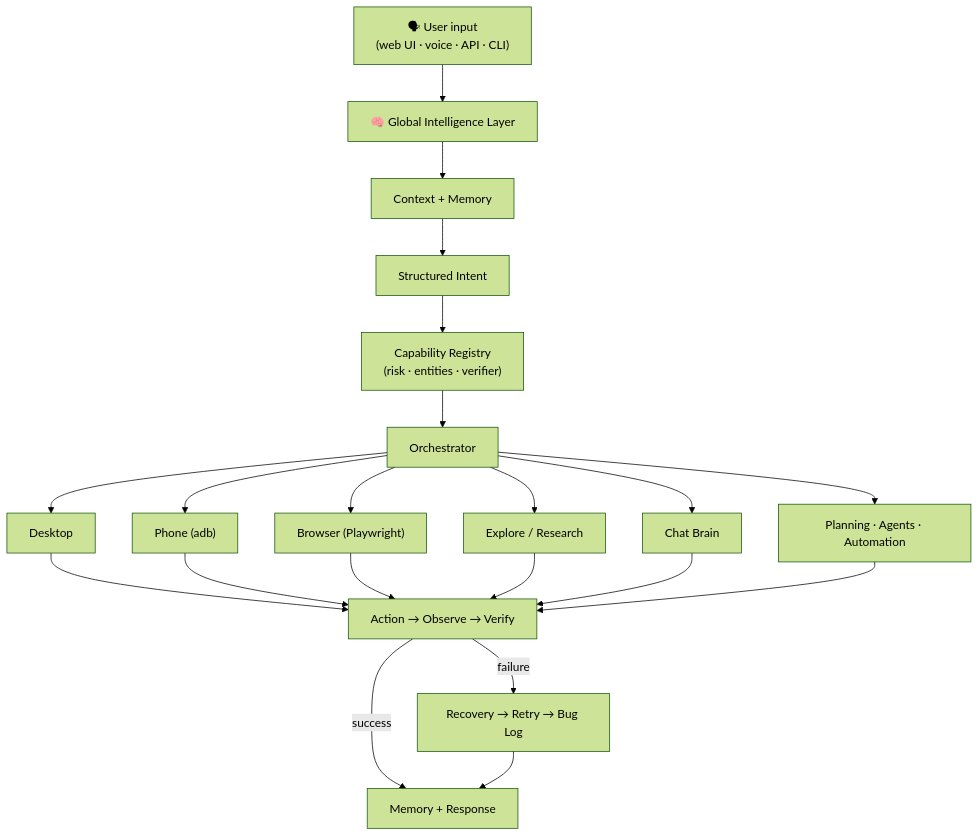
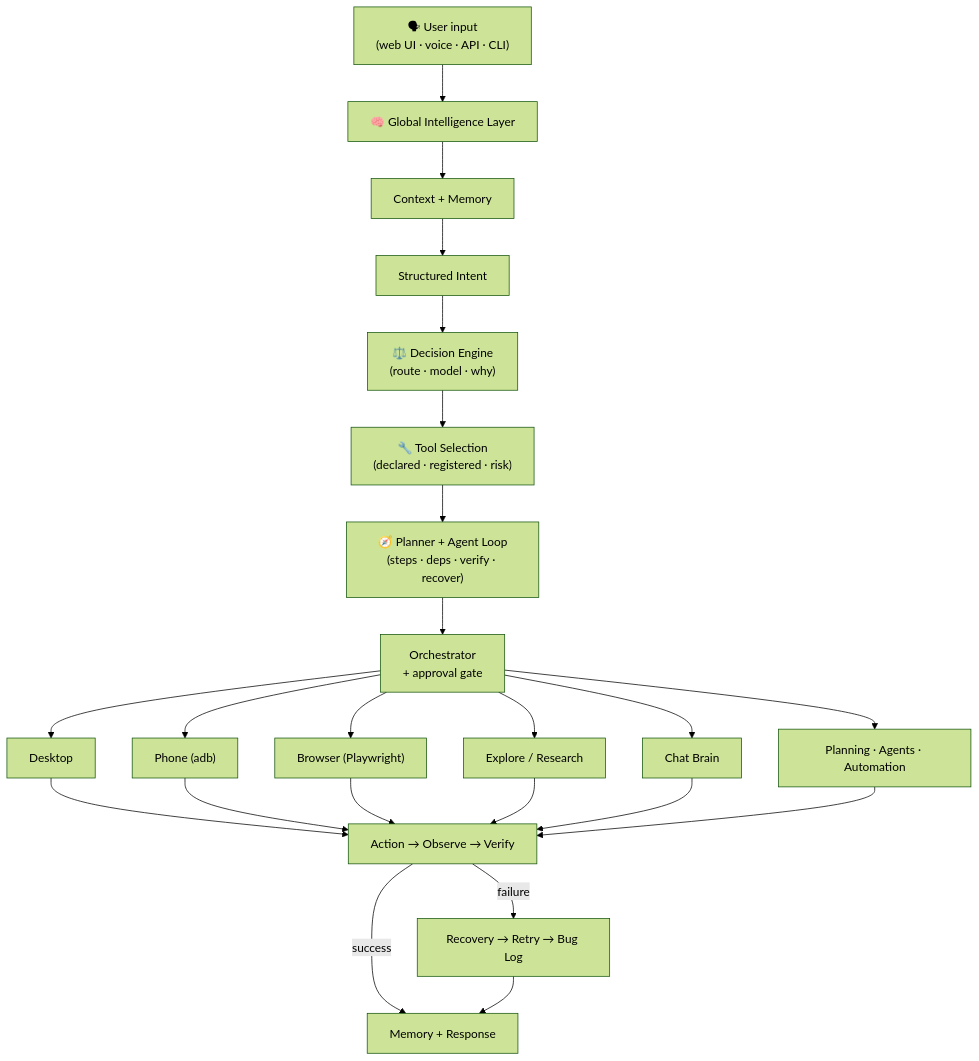
The diagram in README.md (GangNinja/Novacontrol), drawn with Mermaid (forest theme) before and after one commit. The commit also changed other lines of this file and 47 other files, not shown here.

````diff
--- a/README.md
+++ b/README.md
@@ -61,18 +61,20 @@
 ```mermaid
 flowchart TD
     A["🗣 User input<br/>(web UI · voice · API · CLI)"] --> B["🧠 Global Intelligence Layer"]
     B --> C["Context + Memory"]
     C --> D["Structured Intent"]
-    D --> E["Capability Registry<br/>(risk · entities · verifier)"]
-    E --> F["Orchestrator"]
+    D --> E["⚖️ Decision Engine<br/>(route · model · why)"]
+    E --> E2["🔧 Tool Selection<br/>(declared · registered · risk)"]
+    E2 --> E3["🧭 Planner + Agent Loop<br/>(steps · deps · verify · recover)"]
+    E3 --> F["Orchestrator<br/>+ approval gate"]
     F --> G1["Desktop"]
     F --> G2["Phone (adb)"]
     F --> G3["Browser (Playwright)"]
     F --> G4["Explore / Research"]
     F --> G5["Chat Brain"]
     F --> G6["Planning · Agents · Automation"]
     G1 & G2 & G3 & G4 & G5 & G6 --> H["Action → Observe → Verify"]
     H -- "failure" --> I["Recovery → Retry → Bug Log"]
     H -- "success" --> J["Memory + Response"]
     I --> J
 ```
````
